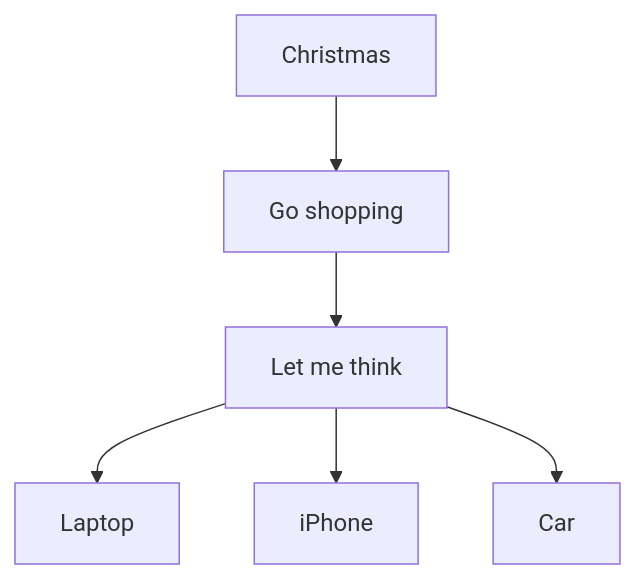
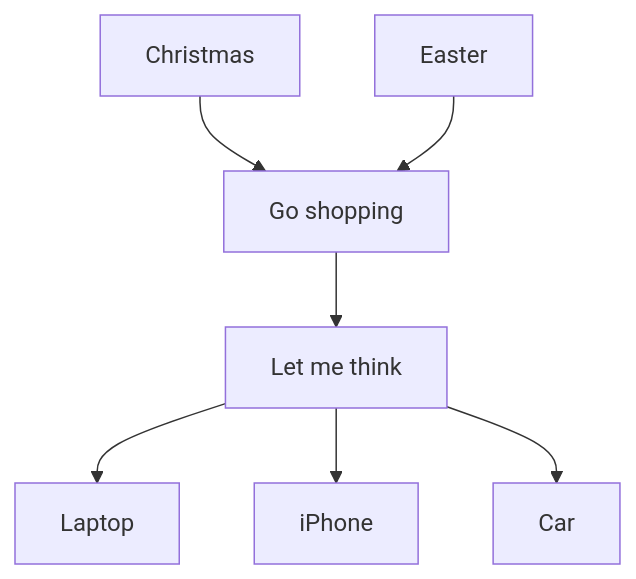
Before and after one commit to gbaptista/a11y-diagrams: the diagram in static/samples/mermaid/sample-a.mmd, drawn with Mermaid.

Commit message:
exploring

```diff
--- a/static/samples/mermaid/sample-a.mmd
+++ b/static/samples/mermaid/sample-a.mmd
@@ -1,6 +1,7 @@
 graph TD
   A[Christmas] --> B[Go shopping]
+  H[Easter] --> B[Go shopping]
   B --> C[Let me think]
   C --> D[Laptop]
   C --> E[iPhone]
   C --> F[Car]
```
